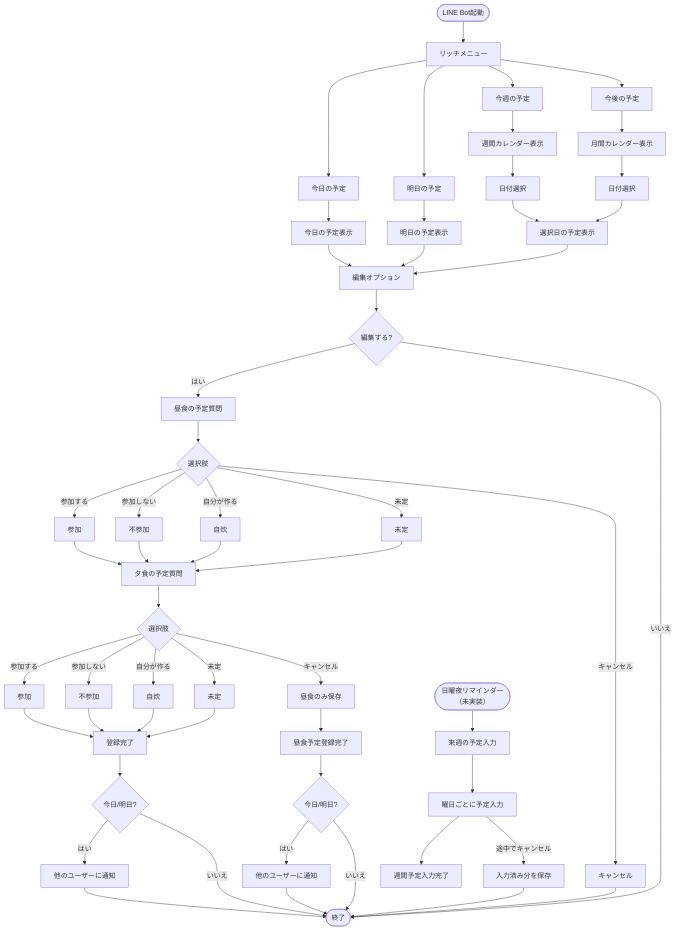
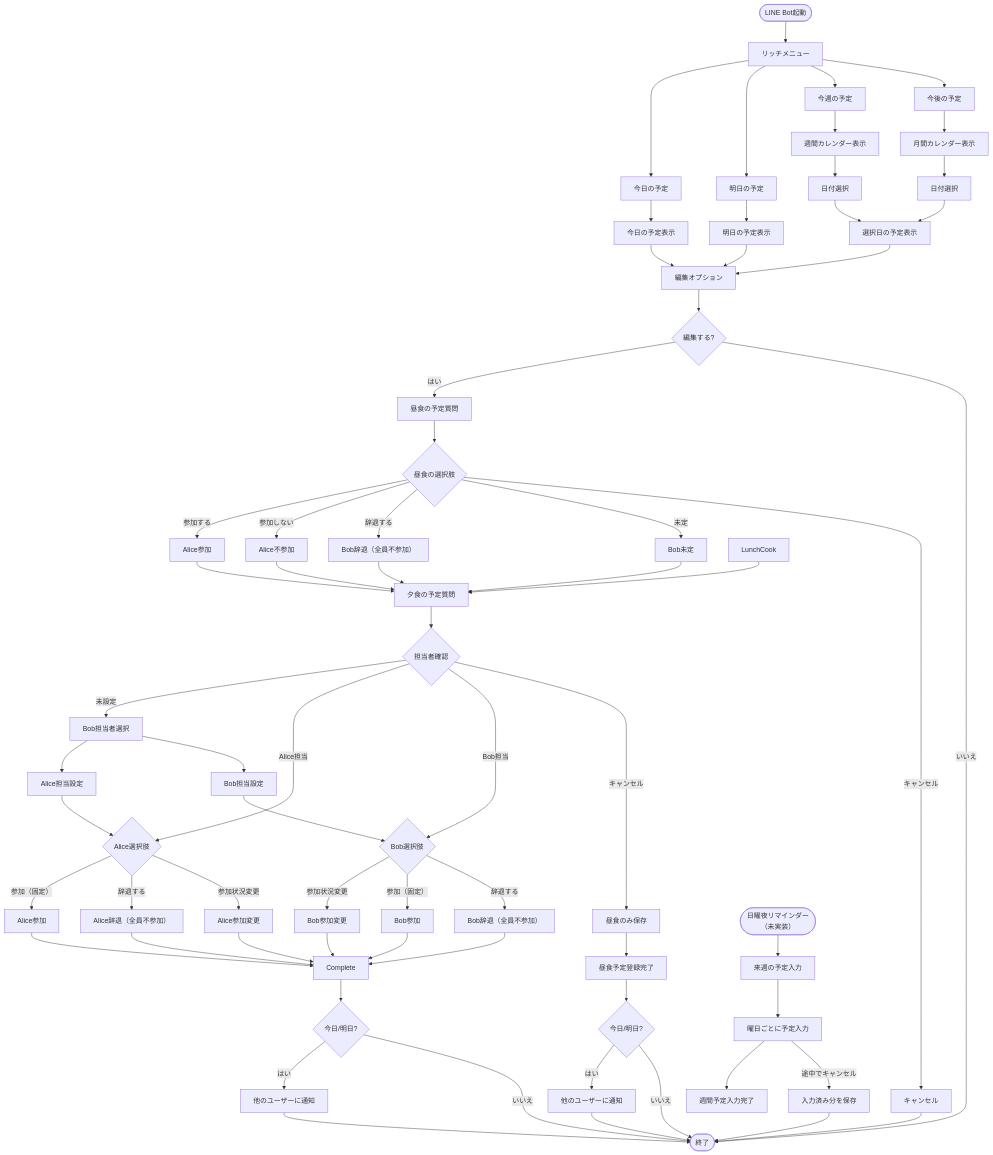
One commit to oginoshikibu/personal-linebot-hono changed the diagram in docs/user_flow.md. Above: the diagram before and after it, drawn with Mermaid. The commit also changed other lines of this file and 9 other files, not shown here.

```diff
--- a/docs/user_flow.md
+++ b/docs/user_flow.md
@@ -36,12 +42,12 @@
     EditChoice -->|はい| LunchQ[昼食の予定質問]
     EditChoice -->|いいえ| End([終了])
     
-    %% 編集フロー（時間軸選択なし）
-    LunchQ --> LunchChoice{選択肢}
-    LunchChoice -->|参加する| LunchAttend[参加]
-    LunchChoice -->|参加しない| LunchAbsent[不参加]
-    LunchChoice -->|自分が作る| LunchCook[自炊]
-    LunchChoice -->|未定| LunchUndecided[未定]
+    %% 昼食編集フロー（Bob固定担当）
+    LunchQ --> LunchChoice{昼食の選択肢}
+    LunchChoice -->|参加する| LunchAttend[Alice参加]
+    LunchChoice -->|参加しない| LunchAbsent[Alice不参加]
+    LunchChoice -->|辞退する| LunchQuit[Bob辞退（全員不参加）]
+    LunchChoice -->|未定| LunchUndecided[Bob未定]
     LunchChoice -->|キャンセル| Cancel1[キャンセル]
     
     Cancel1 --> End
@@ -49,19 +55,36 @@
     LunchAttend --> DinnerQ[夕食の予定質問]
     LunchAbsent --> DinnerQ
     LunchCook --> DinnerQ
+    LunchQuit --> DinnerQ
     LunchUndecided --> DinnerQ
     
-    DinnerQ --> DinnerChoice{選択肢}
-    DinnerChoice -->|参加する| DinnerAttend[参加]
-    DinnerChoice -->|参加しない| DinnerAbsent[不参加]
-    DinnerChoice -->|自分が作る| DinnerCook[自炊]
-    DinnerChoice -->|未定| DinnerUndecided[未定]
-    DinnerChoice -->|キャンセル| SaveLunchOnly[昼食のみ保存]
+    DinnerQ --> DinnerRoleCheck{担当者確認}
+    DinnerRoleCheck -->|未設定| DinnerRoleSelect[Bob担当者選択]
+    DinnerRoleCheck -->|Alice担当| DinnerAliceOptions{Alice選択肢}
+    DinnerRoleCheck -->|Bob担当| DinnerBobOptions{Bob選択肢}
     
-    DinnerAttend --> Complete[登録完了]
-    DinnerAbsent --> Complete
-    DinnerCook --> Complete
-    DinnerUndecided --> Complete
+    DinnerRoleSelect --> SelectAlice[Alice担当設定]
+    DinnerRoleSelect --> SelectBob[Bob担当設定]
+    SelectAlice --> DinnerAliceOptions
+    SelectBob --> DinnerBobOptions
+    
+    DinnerAliceOptions -->|参加（固定）| DinnerAliceAttend[Alice参加]
+    DinnerAliceOptions -->|辞退する| DinnerAliceQuit[Alice辞退（全員不参加）]
+    DinnerBobOptions -->|参加状況変更| DinnerBobChange[Bob参加変更]
+    
+    DinnerBobOptions -->|参加（固定）| DinnerBobAttend[Bob参加]
+    DinnerBobOptions -->|辞退する| DinnerBobQuit[Bob辞退（全員不参加）]
+    DinnerAliceOptions -->|参加状況変更| DinnerAliceChange[Alice参加変更]
+    
+    DinnerAliceAttend --> Complete
+    DinnerAliceQuit --> Complete
+    DinnerBobAttend --> Complete
+    DinnerBobQuit --> Complete
+    DinnerAliceChange --> Complete
+    DinnerBobChange --> Complete
+    
+    DinnerRoleCheck -->|キャンセル| SaveLunchOnly[昼食のみ保存]
+    
     
     SaveLunchOnly --> Notify2[昼食予定登録完了]
     Notify2 --> CheckToday2{今日/明日?}
```
